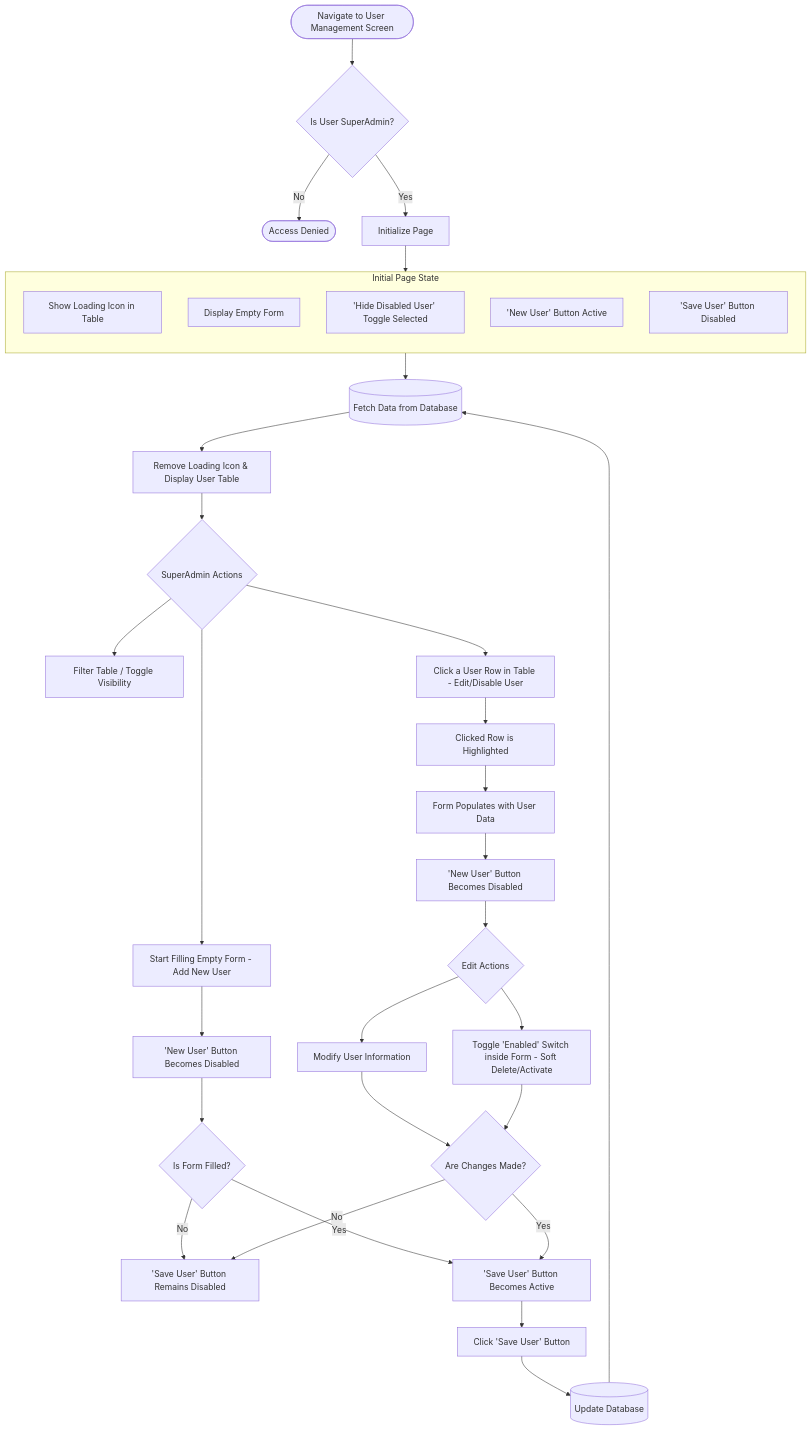
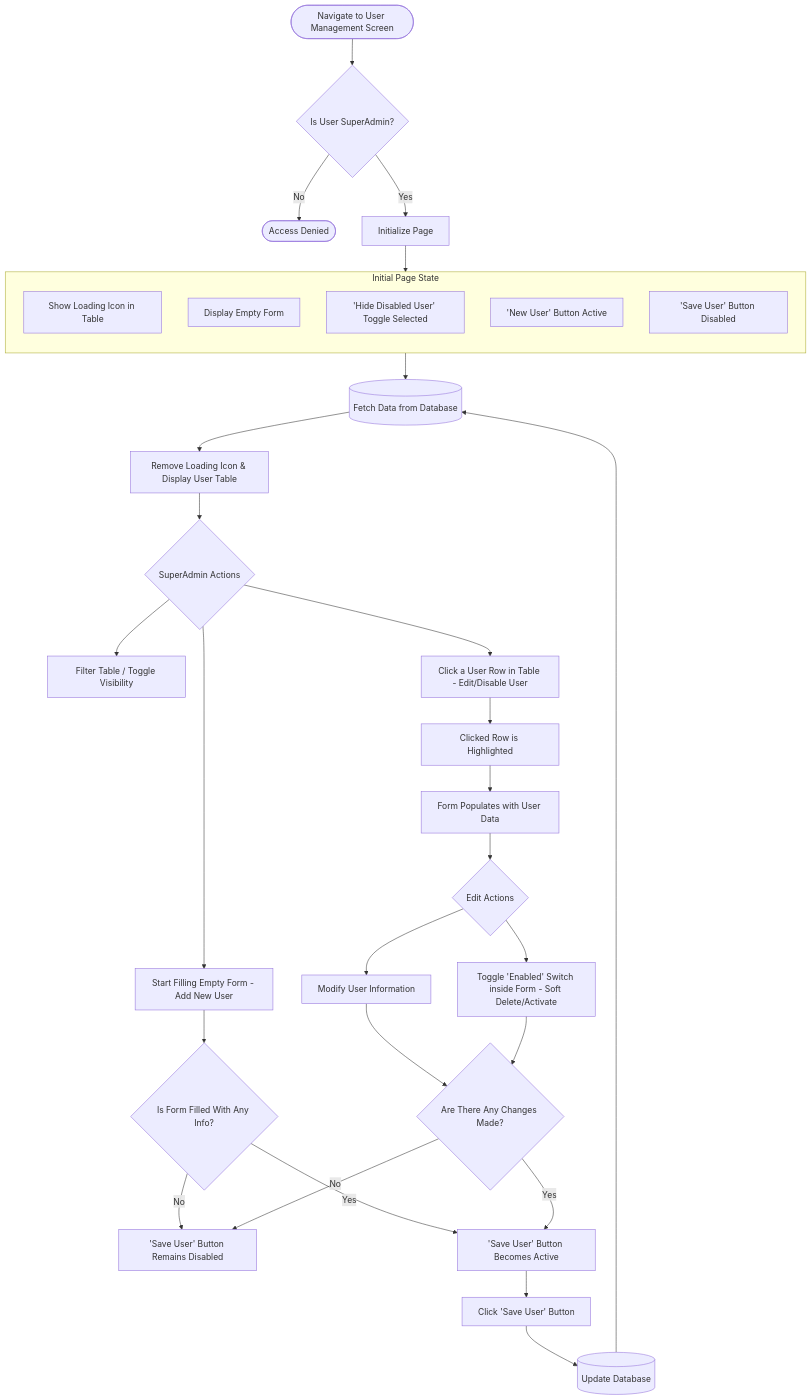
Before and after one commit to Cgnore/ui-specification-document: the diagram in README.md, drawn with Mermaid. The commit also changed other lines of this file, not shown here.

First line of the commit message:
Refactor README for user management screen clarity

````diff
--- a/README.md
+++ b/README.md
@@ -16,60 +62,58 @@
 ```mermaid
 graph TD
     %% Start and Authorization Check
     Start([Navigate to User Management Screen]) --> AuthCheck{Is User SuperAdmin?}
     AuthCheck -- No --> AccessDenied([Access Denied])
     AuthCheck -- Yes --> PageInit[Initialize Page]
 
     %% Initial Page Load State
     subgraph Initial_Page_State [Initial Page State]
         direction TB
         InitLoading[Show Loading Icon in Table]
         InitForm[Display Empty Form]
         InitToggle['Hide Disabled User' Toggle Selected]
         InitBtnNew['New User' Button Active]
         InitBtnSave['Save User' Button Disabled]
     end
 
     PageInit --> Initial_Page_State
 
     %% Fetching Data
     InitLoading --> FetchDB[(Fetch Data from Database)]
     FetchDB --> ShowTable[Remove Loading Icon & Display User Table]
 
     %% User Actions from Table
     ShowTable --> UserActions{SuperAdmin Actions}
     
     UserActions --> ActionFilter[Filter Table / Toggle Visibility]
     UserActions --> ActionAdd[Start Filling Empty Form - Add New User]
     UserActions --> ActionEdit[Click a User Row in Table - Edit/Disable User]
 
     %% Add New User Flow
-    ActionAdd --> DisableNewBtn1['New User' Button Becomes Disabled]
-    DisableNewBtn1 --> CheckFormFilled{Is Form Filled?}
+    ActionAdd --> CheckFormFilled{Is Form Filled With Any Info?}
     
     %% Edit Existing User Flow
     ActionEdit --> HighlightRow[Clicked Row is Highlighted]
     HighlightRow --> PopulateForm[Form Populates with User Data]
-    PopulateForm --> DisableNewBtn2['New User' Button Becomes Disabled]
-    DisableNewBtn2 --> EditOptions{Edit Actions}
+    PopulateForm --> EditOptions{Edit Actions}
     
     EditOptions --> ModifyInfo[Modify User Information]
     EditOptions --> ToggleEnabled[Toggle 'Enabled' Switch inside Form - Soft Delete/Activate]
     
-    ModifyInfo --> CheckChanges{Are Changes Made?}
+    ModifyInfo --> CheckChanges{Are There Any Changes Made?}
     ToggleEnabled --> CheckChanges
 
     %% Save Button Activation Logic
     CheckFormFilled -- No --> KeepSaveDisabled['Save User' Button Remains Disabled]
     CheckChanges -- No --> KeepSaveDisabled
     
     CheckFormFilled -- Yes --> ActivateSave['Save User' Button Becomes Active]
     CheckChanges -- Yes --> ActivateSave
 
     %% Save and Refresh Process
     ActivateSave --> ClickSave[Click 'Save User' Button]
     ClickSave --> UpdateDB[(Update Database)]
     
     %% Return to initial state after updating
     UpdateDB --> FetchDB
 ```
````
